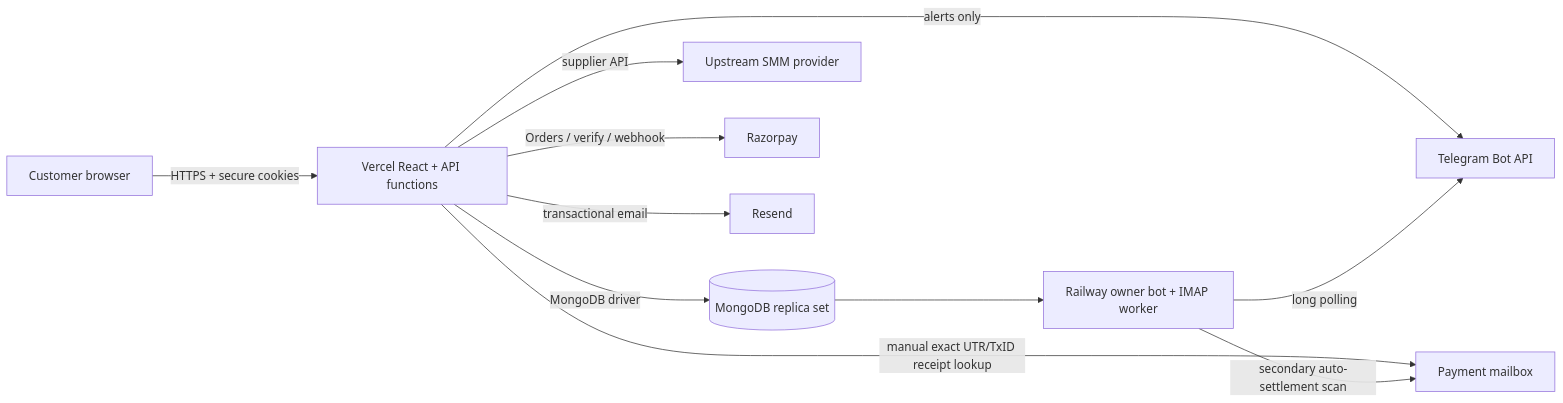
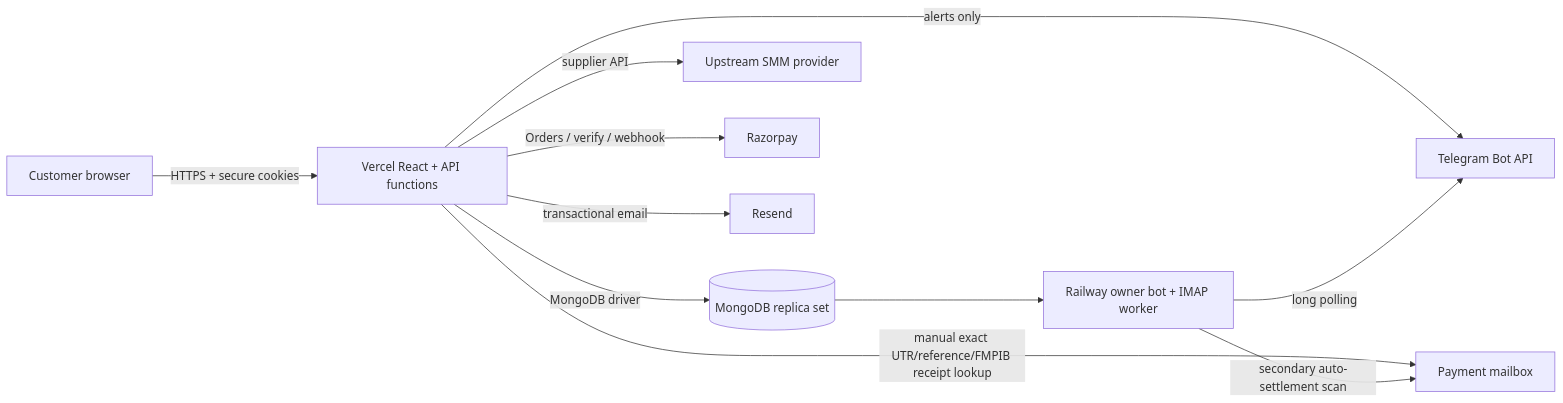
The first of 6 diagrams in architecture/website-architecture.md (ExamCodesOfficial/SMM-UP), drawn with Mermaid before and after one commit. The commit also changed other lines of this file and 11 other files, not shown here.

Commit message:
fix: verify Direct UPI by exact receipt identifier and amount

````diff
--- a/architecture/website-architecture.md
+++ b/architecture/website-architecture.md
@@ -50,13 +50,13 @@
 ```mermaid
 flowchart LR
   U[Customer browser] -->|HTTPS + secure cookies| V[Vercel React + API functions]
   V -->|MongoDB driver| M[(MongoDB replica set)]
   V -->|supplier API| P[Upstream SMM provider]
   V -->|Orders / verify / webhook| R[Razorpay]
   V -->|transactional email| E[Resend]
-  V -->|manual exact UTR/TxID receipt lookup| I[Payment mailbox]
+  V -->|manual exact UTR/reference/FMPIB receipt lookup| I[Payment mailbox]
   V -->|alerts only| T[Telegram Bot API]
   M --> W[Railway owner bot + IMAP worker]
   W -->|long polling| T
   W -->|secondary auto-settlement scan| I
 ```
````
